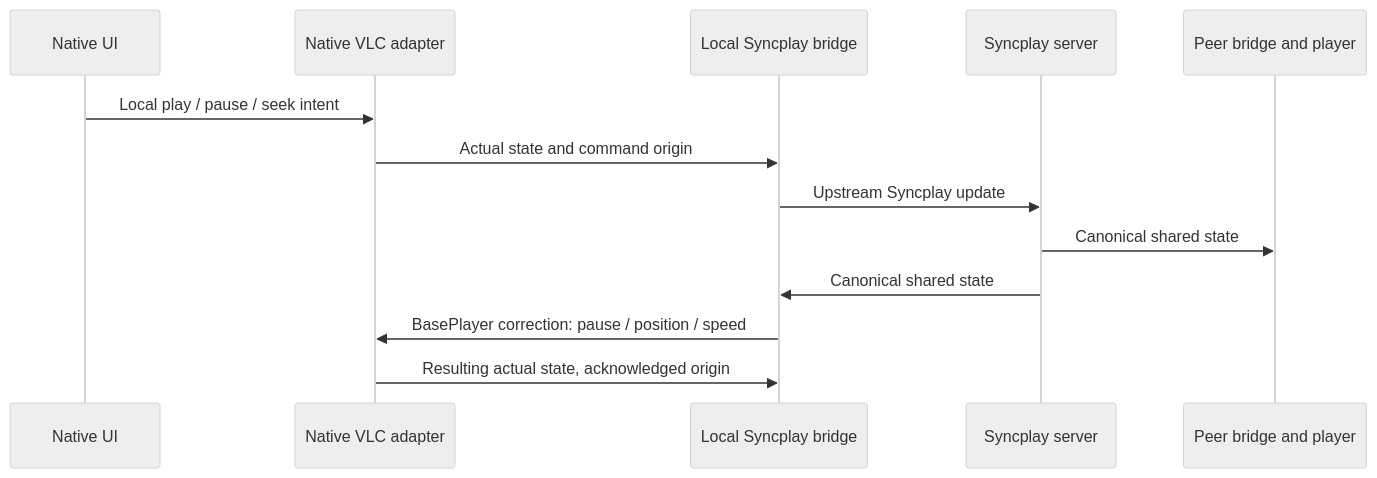
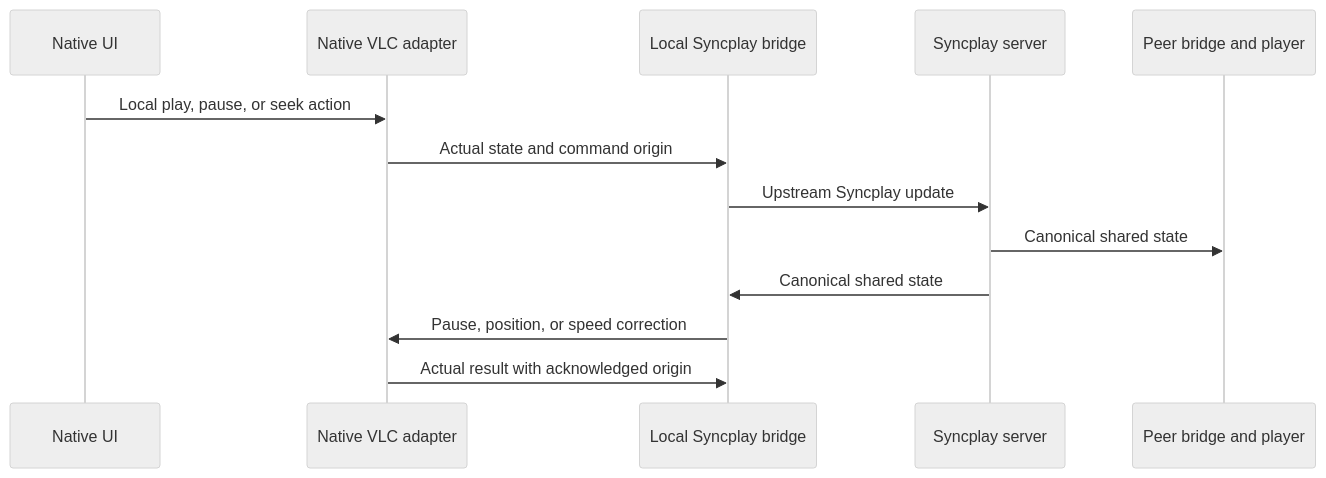
Before and after one commit to allnes/syncwatch-2: the diagram in docs/architecture/syncplay.md, drawn with Mermaid (neutral theme). The commit also changed other lines of this file and 16 other files, not shown here.

````diff
--- a/docs/architecture/syncplay.md
+++ b/docs/architecture/syncplay.md
@@ -25,15 +23,15 @@
 ```mermaid
 sequenceDiagram
     participant UI as Native UI
     participant VLC as Native VLC adapter
     participant B as Local Syncplay bridge
     participant S as Syncplay server
     participant P as Peer bridge and player
-    UI->>VLC: Local play / pause / seek intent
+    UI->>VLC: Local play, pause, or seek action
     VLC->>B: Actual state and command origin
     B->>S: Upstream Syncplay update
     S->>P: Canonical shared state
     S->>B: Canonical shared state
-    B->>VLC: BasePlayer correction: pause / position / speed
-    VLC->>B: Resulting actual state, acknowledged origin
+    B->>VLC: Pause, position, or speed correction
+    VLC->>B: Actual result with acknowledged origin
 ```
````
